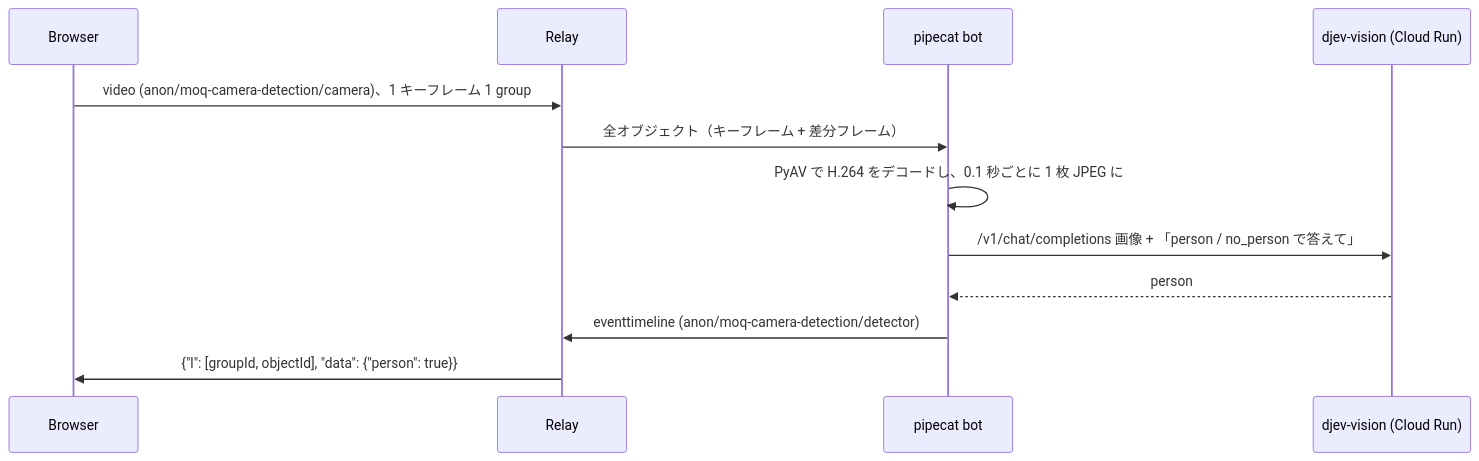
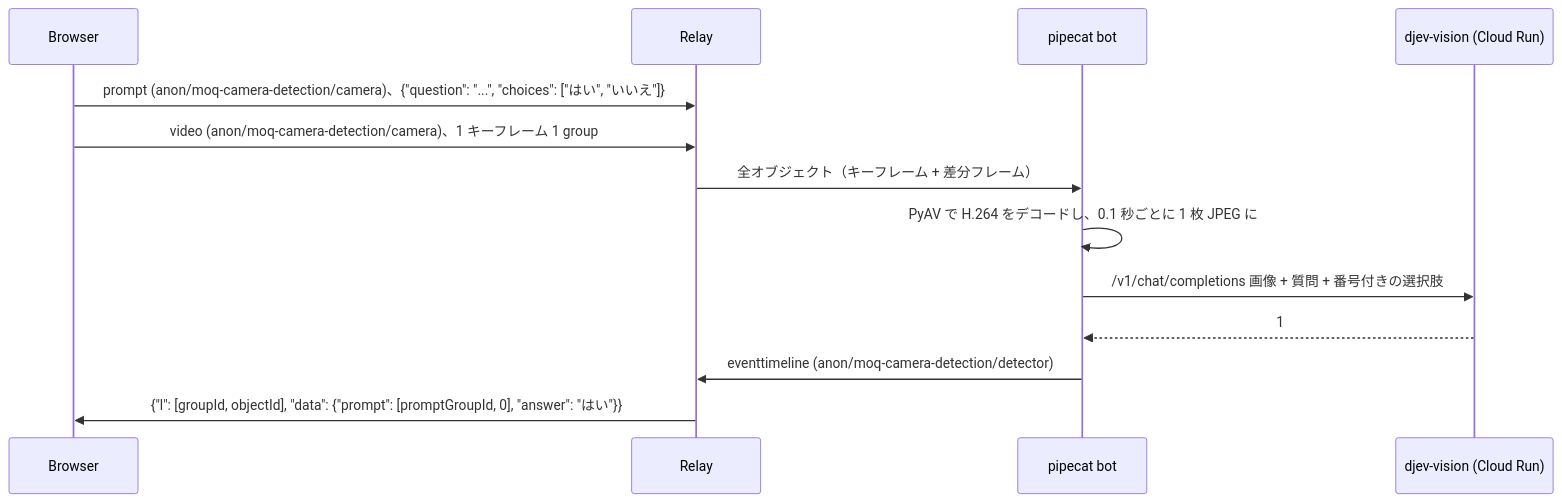
Before and after one commit to nttcom/moq-wasm: the diagram in examples/python/moq-camera-detection/README.md, drawn with Mermaid. The commit also changed other lines of this file and 16 other files, not shown here.

First line of the commit message:
feat(examples): let the camera page ask its own question with any choices

````diff
--- a/examples/python/moq-camera-detection/README.md
+++ b/examples/python/moq-camera-detection/README.md
@@ -7,14 +7,15 @@
 ```mermaid
 sequenceDiagram
     participant B as Browser
     participant R as Relay
     participant P as pipecat bot
     participant D as djev-vision (Cloud Run)
+    B->>R: prompt (anon/moq-camera-detection/camera)、{"question": "...", "choices": ["はい", "いいえ"]}
     B->>R: video (anon/moq-camera-detection/camera)、1 キーフレーム 1 group
     R->>P: 全オブジェクト（キーフレーム + 差分フレーム）
     P->>P: PyAV で H.264 をデコードし、0.1 秒ごとに 1 枚 JPEG に
-    P->>D: /v1/chat/completions 画像 + 「person / no_person で答えて」
-    D-->>P: person
+    P->>D: /v1/chat/completions 画像 + 質問 + 番号付きの選択肢
+    D-->>P: 1
     P->>R: eventtimeline (anon/moq-camera-detection/detector)
-    R->>B: {"l": [groupId, objectId], "data": {"person": true}}
+    R->>B: {"l": [groupId, objectId], "data": {"prompt": [promptGroupId, 0], "answer": "はい"}}
 ```
````
